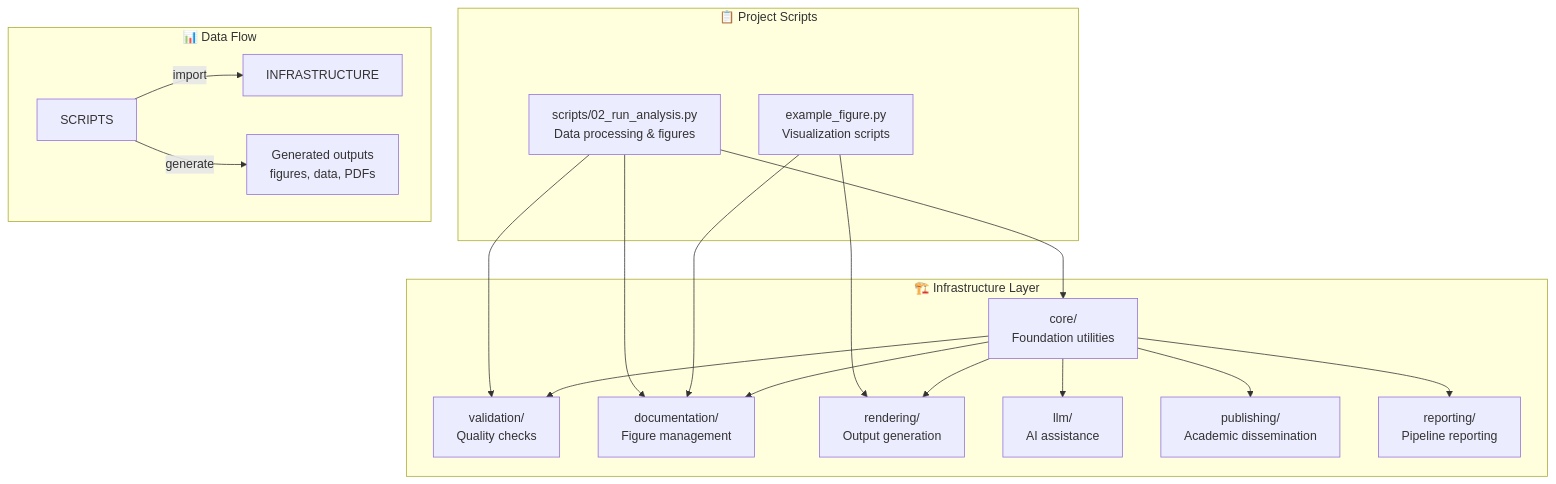
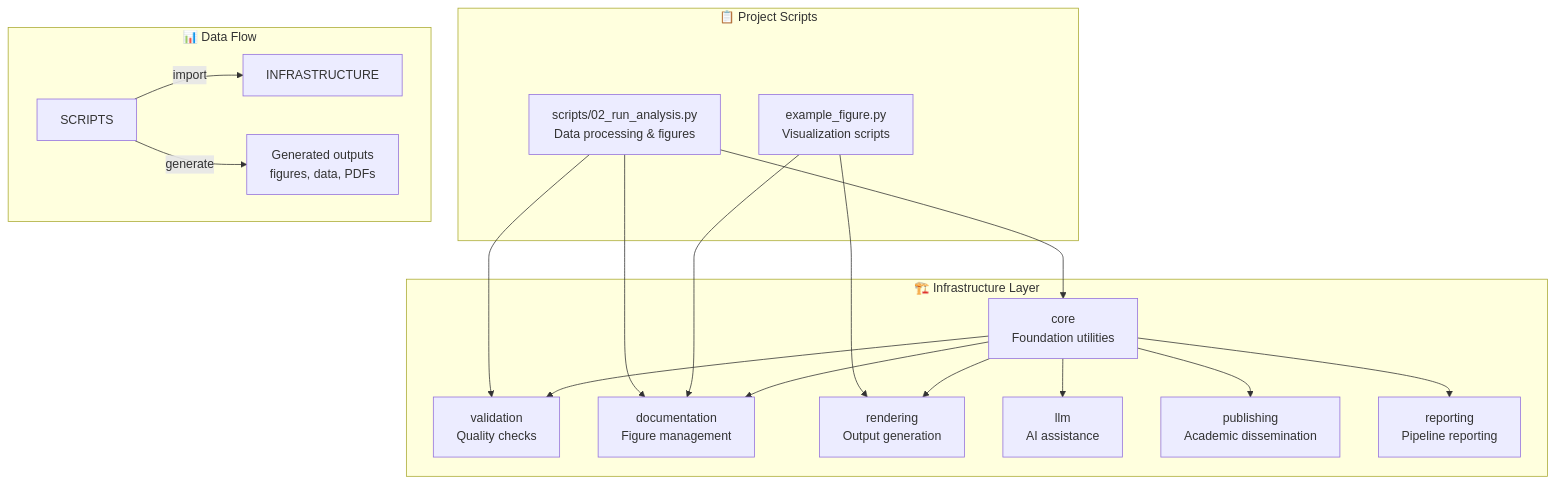
The second of 6 diagrams in infrastructure/README.md (docxology/template), drawn with Mermaid before and after one commit. The commit also changed other lines of this file and 164 other files, not shown here.

````diff
--- a/infrastructure/README.md
+++ b/infrastructure/README.md
@@ -84,40 +84,40 @@
 ```mermaid
 flowchart TD
     subgraph "📋 Project Scripts"
         ANALYSIS[scripts/02_run_analysis.py<br/>Data processing & figures]
         FIGURES[example_figure.py<br/>Visualization scripts]
     end
 
     subgraph "🏗️ Infrastructure Layer"
-        CORE_MOD[core/<br/>Foundation utilities]
-        VALIDATION_MOD[validation/<br/>Quality checks]
-        DOCUMENTATION_MOD[documentation/<br/>Figure management]
-        RENDERING_MOD[rendering/<br/>Output generation]
-        LLM_MOD[llm/<br/>AI assistance]
-        PUBLISHING_MOD[publishing/<br/>Academic dissemination]
-        REPORTING_MOD[reporting/<br/>Pipeline reporting]
+        CORE_MOD[core<br/>Foundation utilities]
+        VALIDATION_MOD[validation<br/>Quality checks]
+        DOCUMENTATION_MOD[documentation<br/>Figure management]
+        RENDERING_MOD[rendering<br/>Output generation]
+        LLM_MOD[llm<br/>AI assistance]
+        PUBLISHING_MOD[publishing<br/>Academic dissemination]
+        REPORTING_MOD[reporting<br/>Pipeline reporting]
     end
 
     subgraph "📊 Data Flow"
         SCRIPTS -->|import| INFRASTRUCTURE
         SCRIPTS -->|generate| OUTPUTS[Generated outputs<br/>figures, data, PDFs]
     end
 
     ANALYSIS --> CORE_MOD
     ANALYSIS --> DOCUMENTATION_MOD
     ANALYSIS --> VALIDATION_MOD
 
     FIGURES --> DOCUMENTATION_MOD
     FIGURES --> RENDERING_MOD
 
     CORE_MOD --> VALIDATION_MOD
     CORE_MOD --> DOCUMENTATION_MOD
     CORE_MOD --> RENDERING_MOD
     CORE_MOD --> LLM_MOD
     CORE_MOD --> PUBLISHING_MOD
     CORE_MOD --> REPORTING_MOD
 
     class ANALYSIS,FIGURES scripts
     class CORE_MOD,VALIDATION_MOD,DOCUMENTATION_MOD,RENDERING_MOD,LLM_MOD,PUBLISHING_MOD,REPORTING_MOD infra
     class OUTPUTS output
 ```
````
